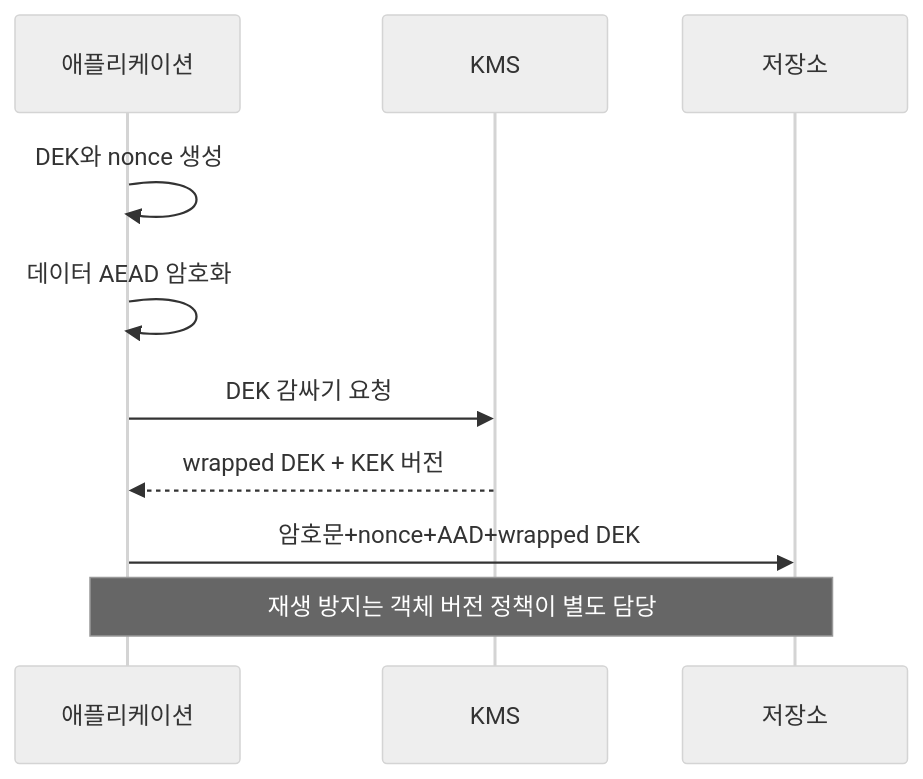
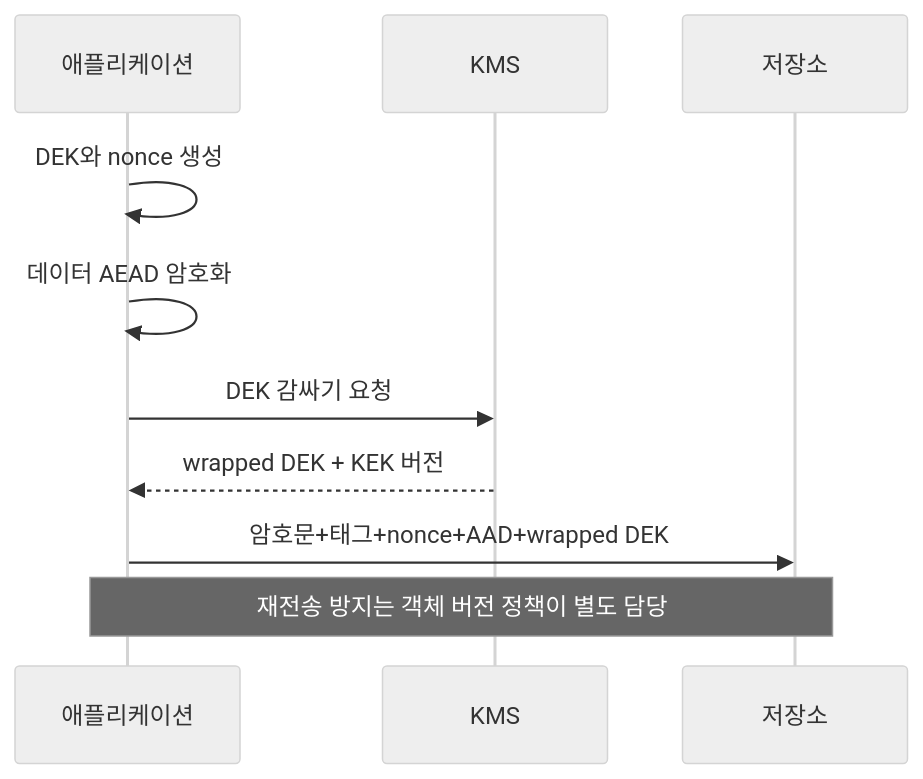
Before and after one commit to mj006648/netai-devsecops-runbook: the diagram in learning/security-cryptography/05-encryption-aead-and-nonce-lifetimes.md, drawn with Mermaid (neutral theme). The commit also changed other lines of this file and 55 other files, not shown here.

````diff
--- a/learning/security-cryptography/05-encryption-aead-and-nonce-lifetimes.md
+++ b/learning/security-cryptography/05-encryption-aead-and-nonce-lifetimes.md
@@ -121,12 +170,12 @@
 ```mermaid
 sequenceDiagram
     participant A as 애플리케이션
     participant K as KMS
     participant D as 저장소
     A->>A: DEK와 nonce 생성
     A->>A: 데이터 AEAD 암호화
     A->>K: DEK 감싸기 요청
     K-->>A: wrapped DEK + KEK 버전
-    A->>D: 암호문+nonce+AAD+wrapped DEK
-    Note over A,D: 재생 방지는 객체 버전 정책이 별도 담당
+    A->>D: 암호문+태그+nonce+AAD+wrapped DEK
+    Note over A,D: 재전송 방지는 객체 버전 정책이 별도 담당
 ```
````
